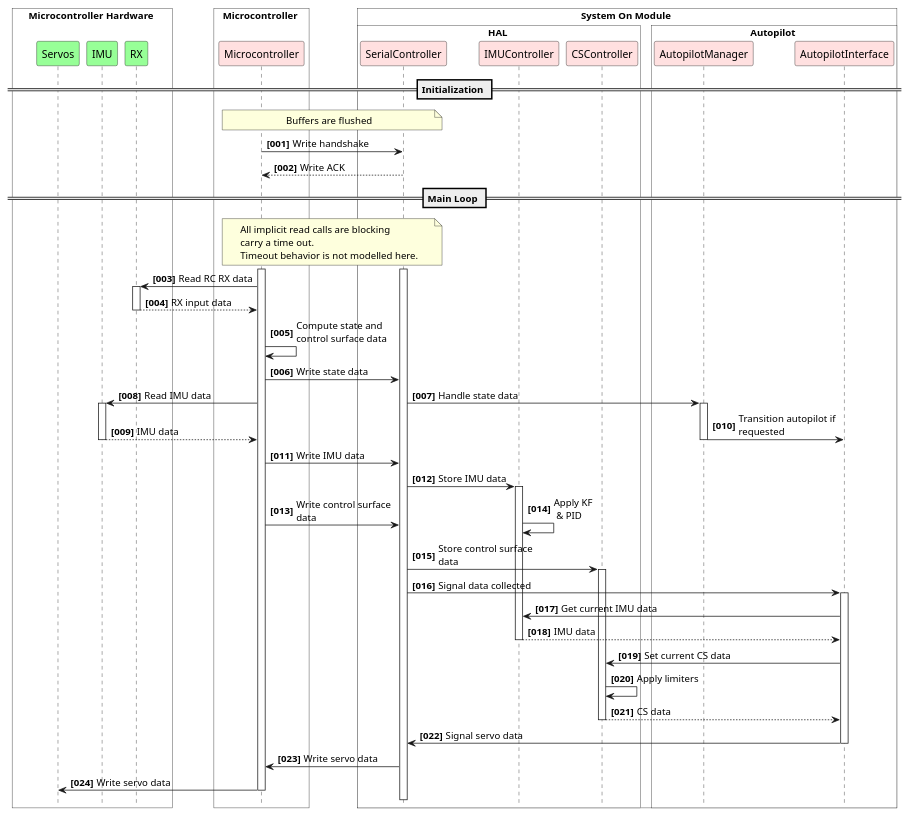
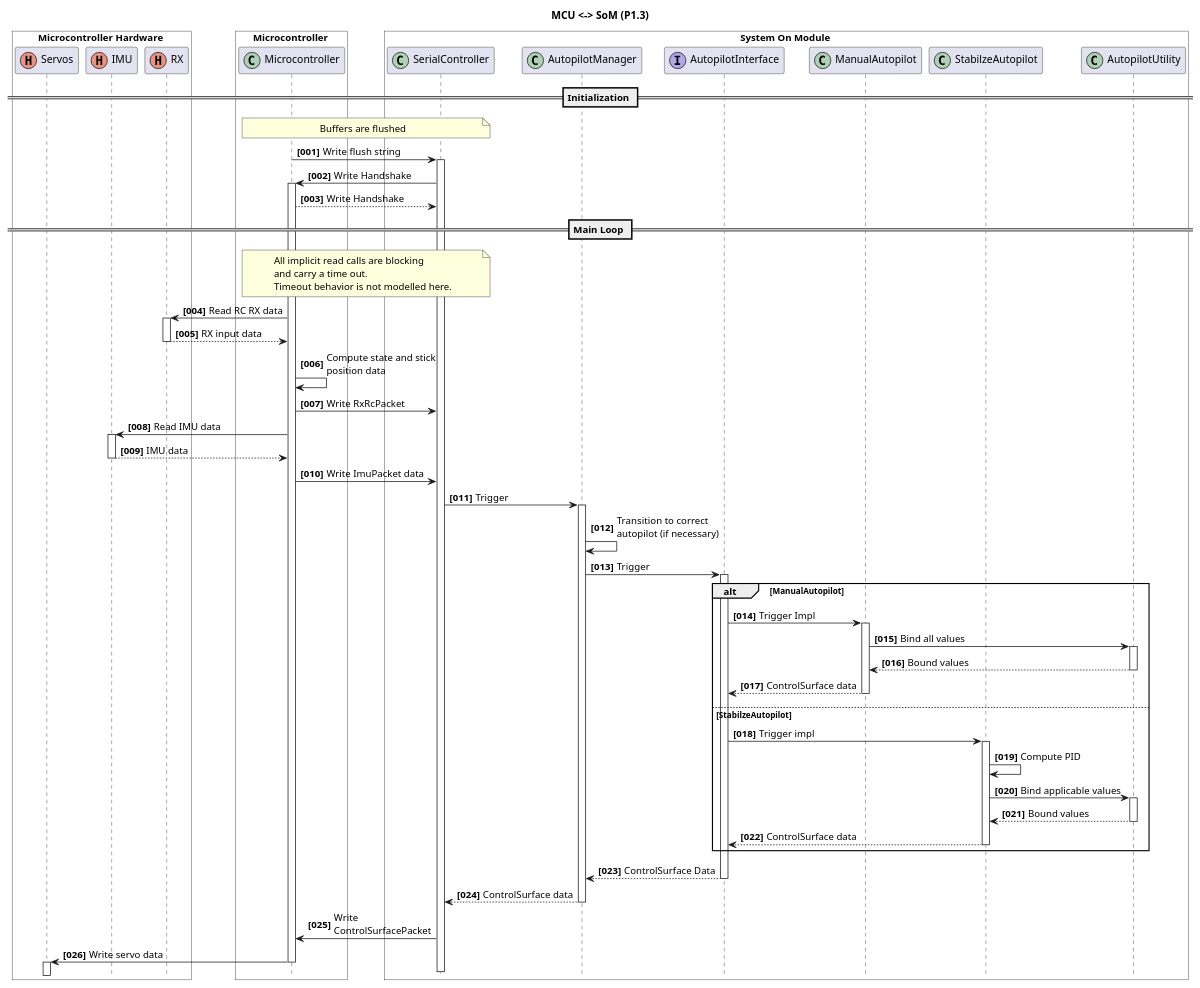
One commit to dev-jtemel/rc_plane changed the diagram in puml/mcu_som_communication.puml. Above: the diagram before and after it, drawn with PlantUML. The commit also changed 3 other files, not shown here.

Commit message:
Add UML diagrams

```diff
--- a/puml/mcu_som_communication.puml
+++ b/puml/mcu_som_communication.puml
@@ -1,80 +1,79 @@
 @startuml MCU to SoM Sequence
+
+title MCU <-> SoM (P1.3)
 
 !pragma teoz true
 
 autonumber "<b>[000]"
 hide footbox
 skinparam maxMessageSize 150
 
 box Microcontroller Hardware #WHITE
-  participant Servos as srv #PHYSICAL
-  participant IMU as imu #PHYSICAL
-  participant RX as rx #PHYSICAL
+  participant Servos as srv << (H,#EB937F) >>
+  participant IMU as imu << (H,#EB937F) >>
+  participant RX as rx << (H,#EB937F) >>
 end box 
 
 box Microcontroller #WHITE 
-  participant Microcontroller as mcu #IMPLEMENTATION
+  participant Microcontroller as mcu << (C,#ADD1B2) >>
 end box
 
 box System On Module #WHITE
-  box HAL #WHITE
-    participant SerialController as serial #IMPLEMENTATION
-    participant IMUController as imuctr #IMPLEMENTATION
-    participant CSController as csctr #IMPLEMENTATION
-  end box
-  box Autopilot #WHITE
-    participant AutopilotManager as apm #IMPLEMENTATION
-    participant AutopilotInterface as api #IMPLEMENTATION
-  end box
+  participant SerialController as serial << (C,#ADD1B2) >>
+  participant AutopilotManager as apm << (C,#ADD1B2) >>
+  participant AutopilotInterface as api << (I,#B4A7E5) >>
+  participant ManualAutopilot as map << (C,#ADD1B2) >>
+  participant StabilzeAutopilot as sap << (C,#ADD1B2) >>
+  participant AutopilotUtility as apu << (C,#ADD1B2) >>
 end box
 
 == Initialization ==
 note over mcu, serial : Buffers are flushed
-mcu -> serial : Write handshake
-serial --> mcu : Write ACK
+mcu -> serial ++ : Write flush string
+serial -> mcu ++ : Write Handshake
+serial <-- mcu  : Write Handshake
 
 == Main Loop ==
-note over mcu, serial : All implicit read calls are blocking\ncarry a time out.\nTimeout behavior is not modelled here.
+note over mcu, serial : All implicit read calls are blocking\nand carry a time out.\nTimeout behavior is not modelled here.
 
-activate mcu
-activate serial
 
 rx <- mcu ++ : Read RC RX data
 rx --> mcu -- : RX input data
 
-mcu -> mcu : Compute state and control surface data
+mcu -> mcu : Compute state and stick position data
 
-mcu -> serial : Write state data
-serial -> apm ++ : Handle state data
+mcu -> serial : Write RxRcPacket
 
-& imu <- mcu ++ : Read IMU data
+imu <- mcu ++ : Read IMU data
 imu --> mcu -- : IMU data
 
-& apm -> api -- : Transition autopilot if requested
+mcu -> serial : Write ImuPacket data
 
-mcu -> serial : Write IMU data
-serial -> imuctr ++ : Store IMU data
+serial -> apm ++ : Trigger
+apm -> apm : Transition to correct autopilot (if necessary)
 
-mcu -> serial : Write control surface data
-& imuctr -> imuctr : Apply KF\n & PID
+apm -> api ++ : Trigger
 
-serial -> csctr ++ : Store control surface data
+alt ManualAutopilot
+  api -> map ++ : Trigger Impl
+  map -> apu ++ : Bind all values
+  apu --> map -- : Bound values
+  map --> api -- : ControlSurface data
+else StabilzeAutopilot
+  api -> sap ++ : Trigger impl
+  sap -> sap : Compute PID
+  sap -> apu ++ : Bind applicable values
+  apu --> sap -- : Bound values
+  sap --> api -- : ControlSurface data
+end
 
-serial -> api ++ : Signal data collected
+api --> apm -- : ControlSurface Data
+apm --> serial -- : ControlSurface data
 
-api -> imuctr : Get current IMU data
-imuctr --> api -- : IMU data
-
-api -> csctr : Set current CS data
-csctr -> csctr : Apply limiters
-csctr --> api -- : CS data
-
-serial <- api -- : Signal servo data
-
-serial -> mcu : Write servo data
-mcu -> srv : Write servo data
+serial -> mcu : Write ControlSurfacePacket
+mcu -> srv ++ : Write servo data
 
 deactivate mcu
 deactivate serial
 
 @enduml
```
